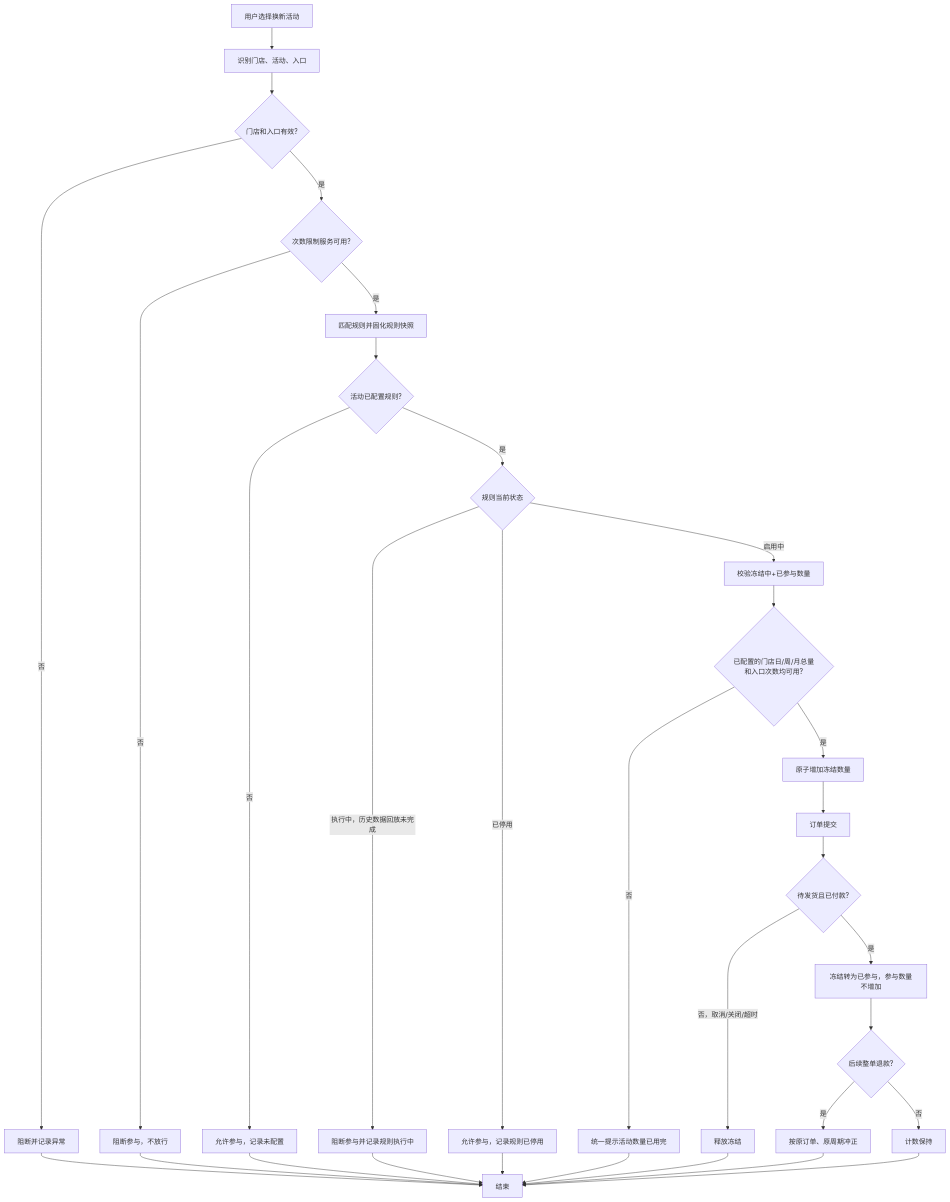
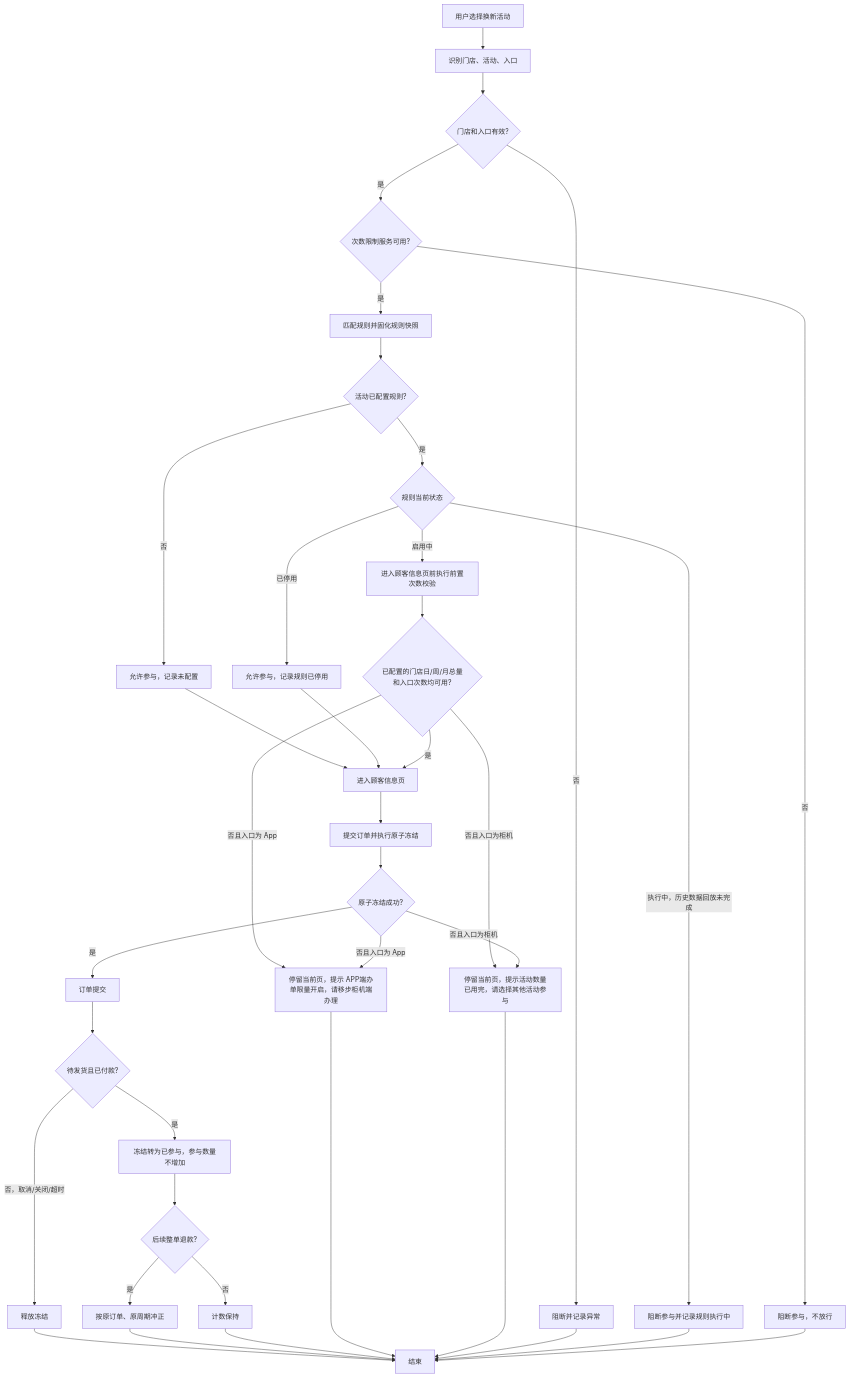
Before and after one commit to HBicon/renewal-activity-quota-review: the diagram in prd.md, drawn with Mermaid. The commit also changed other lines of this file and 7 other files, not shown here.

````diff
--- a/prd.md
+++ b/prd.md
@@ -560,34 +565,38 @@
 ```mermaid
 flowchart TD
     A[用户选择换新活动] --> B[识别门店、活动、入口]
     B --> C{门店和入口有效?}
     C -- 否 --> C1[阻断并记录异常]
     C -- 是 --> D{次数限制服务可用?}
     D -- 否 --> D1[阻断参与，不放行]
     D -- 是 --> E[匹配规则并固化规则快照]
     E --> F{活动已配置规则?}
-    F -- 否 --> F1[允许参与，记录未配置]
+    F -- 否 --> F1[允许参与，记录未配置] --> I
     F -- 是 --> F0{规则当前状态}
     F0 -- 执行中，历史数据回放未完成 --> F5[阻断参与并记录规则执行中]
-    F0 -- 已停用 --> F1A[允许参与，记录规则已停用]
-    F0 -- 启用中 --> G[校验冻结中+已参与数量]
+    F0 -- 已停用 --> F1A[允许参与，记录规则已停用] --> I
+    F0 -- 启用中 --> G[进入顾客信息页前执行前置次数校验]
     G --> H{已配置的门店日/周/月总量和入口次数均可用?}
-    H -- 否 --> H1[统一提示活动数量已用完]
-    H -- 是 --> I[原子增加冻结数量]
-    I --> J[订单提交]
-    J --> K{待发货且已付款?}
-    K -- 否，取消/关闭/超时 --> L[释放冻结]
-    K -- 是 --> M[冻结转为已参与，参与数量不增加]
-    M --> N{后续整单退款?}
-    N -- 是 --> O[按原订单、原周期冲正]
-    N -- 否 --> P[计数保持]
-    L --> Q[结束]
-    H1 --> Q
-    C1 --> Q
-    F1 --> Q
-    F1A --> Q
-    F5 --> Q
-    D1 --> Q
-    O --> Q
-    P --> Q
+    H -- 否且入口为 App --> H1[停留当前页，提示 APP端办单限量开启，请移步柜机端办理]
+    H -- 否且入口为柜机 --> H2[停留当前页，提示活动数量已用完，请选择其他活动参与]
+    H -- 是 --> I[进入顾客信息页]
+    I --> J[提交订单并执行原子冻结]
+    J --> K{原子冻结成功?}
+    K -- 否且入口为 App --> H1
+    K -- 否且入口为柜机 --> H2
+    K -- 是 --> L[订单提交]
+    L --> M{待发货且已付款?}
+    M -- 否，取消/关闭/超时 --> N[释放冻结]
+    M -- 是 --> O[冻结转为已参与，参与数量不增加]
+    O --> P{后续整单退款?}
+    P -- 是 --> Q[按原订单、原周期冲正]
+    P -- 否 --> R[计数保持]
+    N --> S[结束]
+    Q --> S
+    R --> S
+    H1 --> S
+    H2 --> S
+    C1 --> S
+    F5 --> S
+    D1 --> S
 ```
````
